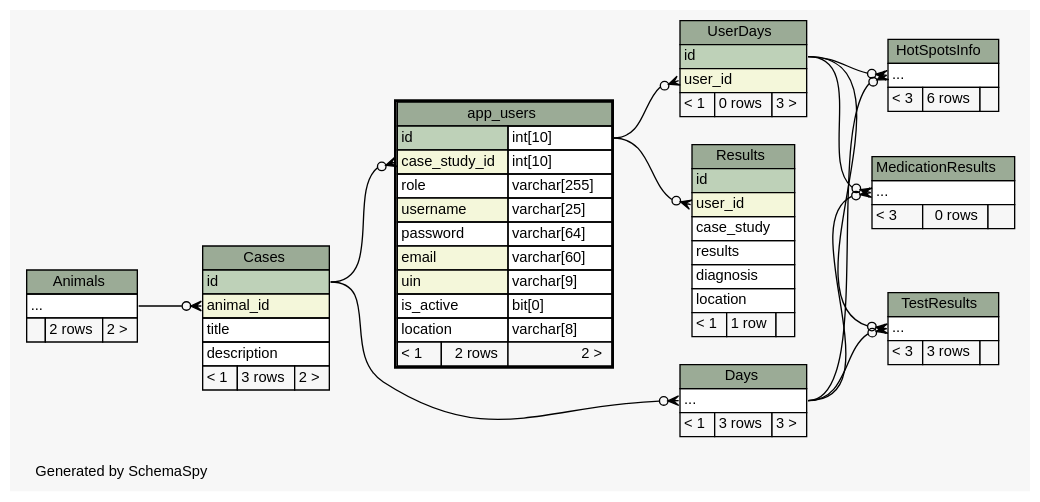
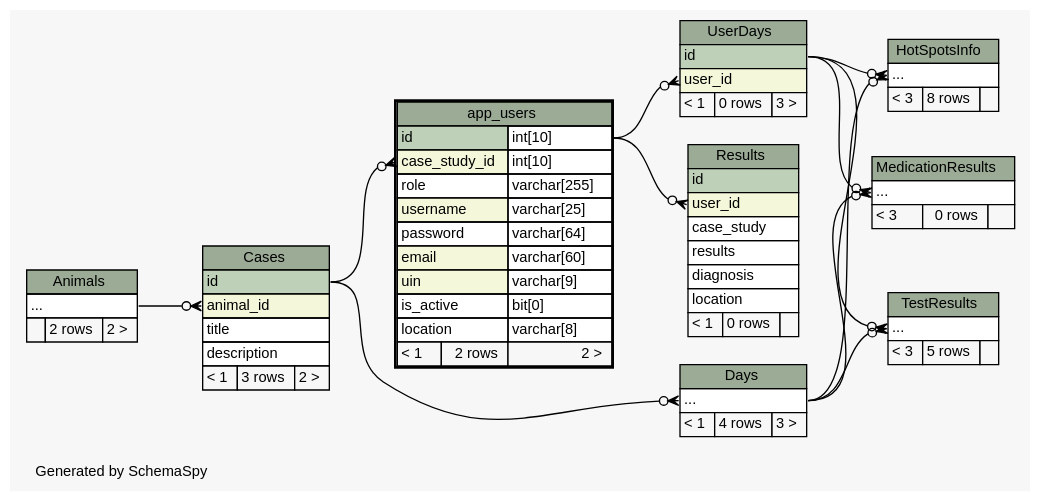
One commit to carrel2/CaseStudies changed the diagram in web/files/schema/diagrams/app_users.2degrees.dot. Above: the diagram before and after it, drawn with Graphviz. The commit also changed 256 other files, not shown here.

```diff
--- a/web/files/schema/diagrams/app_users.2degrees.dot
+++ b/web/files/schema/diagrams/app_users.2degrees.dot
@@ -1,140 +1,140 @@
-// dot 2.38.0 on Linux 4.4.0-77-generic
+// dot 2.38.0 on Linux 4.4.0-78-generic
 // SchemaSpy rev 590
 digraph "twoDegreesRelationshipsDiagram" {
   graph [
     rankdir="RL"
     bgcolor="#f7f7f7"
     label="\nGenerated by SchemaSpy"
     labeljust="l"
     nodesep="0.18"
     ranksep="0.46"
     fontname="Helvetica"
     fontsize="11"
   ];
   node [
     fontname="Helvetica"
     fontsize="11"
     shape="plaintext"
   ];
   edge [
     arrowsize="0.8"
   ];
   "app_users":"case_study_id":w -> "Cases":"id":e [arrowhead=none dir=back arrowtail=crowodot];
   "Cases":"animal_id":w -> "Animals":"elipses":e [arrowhead=none dir=back arrowtail=crowodot];
   "Days":"elipses":w -> "Cases":"id":e [arrowhead=none dir=back arrowtail=crowodot];
   "HotSpotsInfo":"elipses":w -> "Days":"elipses":e [arrowhead=none dir=back arrowtail=crowodot];
   "HotSpotsInfo":"elipses":w -> "UserDays":"id":e [arrowhead=none dir=back arrowtail=crowodot];
   "MedicationResults":"elipses":w -> "Days":"elipses":e [arrowhead=none dir=back arrowtail=crowodot];
   "MedicationResults":"elipses":w -> "UserDays":"id":e [arrowhead=none dir=back arrowtail=crowodot];
   "Results":"user_id":w -> "app_users":"id.type":e [arrowhead=none dir=back arrowtail=crowodot];
   "TestResults":"elipses":w -> "Days":"elipses":e [arrowhead=none dir=back arrowtail=crowodot];
   "TestResults":"elipses":w -> "UserDays":"id":e [arrowhead=none dir=back arrowtail=crowodot];
   "UserDays":"user_id":w -> "app_users":"id.type":e [arrowhead=none dir=back arrowtail=crowodot];
   "Animals" [
     label=<
     <TABLE BORDER="0" CELLBORDER="1" CELLSPACING="0" BGCOLOR="#ffffff">
       <TR><TD COLSPAN="3" BGCOLOR="#9bab96" ALIGN="CENTER">Animals</TD></TR>
       <TR><TD PORT="elipses" COLSPAN="3" ALIGN="LEFT">...</TD></TR>
       <TR><TD ALIGN="LEFT" BGCOLOR="#f7f7f7">  </TD><TD ALIGN="RIGHT" BGCOLOR="#f7f7f7">2 rows</TD><TD ALIGN="RIGHT" BGCOLOR="#f7f7f7">2 &gt;</TD></TR>
     </TABLE>>
     URL="Animals.html"
     tooltip="Animals"
   ];
   "app_users" [
     label=<
     <TABLE BORDER="2" CELLBORDER="1" CELLSPACING="0" BGCOLOR="#ffffff">
       <TR><TD COLSPAN="3" BGCOLOR="#9bab96" ALIGN="CENTER">app_users</TD></TR>
       <TR><TD PORT="id" COLSPAN="2" BGCOLOR="#bed1b8" ALIGN="LEFT">id</TD><TD PORT="id.type" ALIGN="LEFT">int[10]</TD></TR>
       <TR><TD PORT="case_study_id" COLSPAN="2" BGCOLOR="#f4f7da" ALIGN="LEFT">case_study_id</TD><TD PORT="case_study_id.type" ALIGN="LEFT">int[10]</TD></TR>
       <TR><TD PORT="role" COLSPAN="2" ALIGN="LEFT">role</TD><TD PORT="role.type" ALIGN="LEFT">varchar[255]</TD></TR>
       <TR><TD PORT="username" COLSPAN="2" BGCOLOR="#f4f7da" ALIGN="LEFT">username</TD><TD PORT="username.type" ALIGN="LEFT">varchar[25]</TD></TR>
       <TR><TD PORT="password" COLSPAN="2" ALIGN="LEFT">password</TD><TD PORT="password.type" ALIGN="LEFT">varchar[64]</TD></TR>
       <TR><TD PORT="email" COLSPAN="2" BGCOLOR="#f4f7da" ALIGN="LEFT">email</TD><TD PORT="email.type" ALIGN="LEFT">varchar[60]</TD></TR>
       <TR><TD PORT="uin" COLSPAN="2" BGCOLOR="#f4f7da" ALIGN="LEFT">uin</TD><TD PORT="uin.type" ALIGN="LEFT">varchar[9]</TD></TR>
       <TR><TD PORT="is_active" COLSPAN="2" ALIGN="LEFT">is_active</TD><TD PORT="is_active.type" ALIGN="LEFT">bit[0]</TD></TR>
       <TR><TD PORT="location" COLSPAN="2" ALIGN="LEFT">location</TD><TD PORT="location.type" ALIGN="LEFT">varchar[8]</TD></TR>
       <TR><TD ALIGN="LEFT" BGCOLOR="#f7f7f7">&lt; 1</TD><TD ALIGN="RIGHT" BGCOLOR="#f7f7f7">2 rows</TD><TD ALIGN="RIGHT" BGCOLOR="#f7f7f7">2 &gt;</TD></TR>
     </TABLE>>
     URL="app_users.html"
     tooltip="app_users"
   ];
   "Cases" [
     label=<
     <TABLE BORDER="0" CELLBORDER="1" CELLSPACING="0" BGCOLOR="#ffffff">
       <TR><TD COLSPAN="3" BGCOLOR="#9bab96" ALIGN="CENTER">Cases</TD></TR>
       <TR><TD PORT="id" COLSPAN="3" BGCOLOR="#bed1b8" ALIGN="LEFT">id</TD></TR>
       <TR><TD PORT="animal_id" COLSPAN="3" BGCOLOR="#f4f7da" ALIGN="LEFT">animal_id</TD></TR>
       <TR><TD PORT="title" COLSPAN="3" ALIGN="LEFT">title</TD></TR>
       <TR><TD PORT="description" COLSPAN="3" ALIGN="LEFT">description</TD></TR>
       <TR><TD ALIGN="LEFT" BGCOLOR="#f7f7f7">&lt; 1</TD><TD ALIGN="RIGHT" BGCOLOR="#f7f7f7">3 rows</TD><TD ALIGN="RIGHT" BGCOLOR="#f7f7f7">2 &gt;</TD></TR>
     </TABLE>>
     URL="Cases.html"
     tooltip="Cases"
   ];
   "Days" [
     label=<
     <TABLE BORDER="0" CELLBORDER="1" CELLSPACING="0" BGCOLOR="#ffffff">
       <TR><TD COLSPAN="3" BGCOLOR="#9bab96" ALIGN="CENTER">Days</TD></TR>
       <TR><TD PORT="elipses" COLSPAN="3" ALIGN="LEFT">...</TD></TR>
-      <TR><TD ALIGN="LEFT" BGCOLOR="#f7f7f7">&lt; 1</TD><TD ALIGN="RIGHT" BGCOLOR="#f7f7f7">3 rows</TD><TD ALIGN="RIGHT" BGCOLOR="#f7f7f7">3 &gt;</TD></TR>
+      <TR><TD ALIGN="LEFT" BGCOLOR="#f7f7f7">&lt; 1</TD><TD ALIGN="RIGHT" BGCOLOR="#f7f7f7">4 rows</TD><TD ALIGN="RIGHT" BGCOLOR="#f7f7f7">3 &gt;</TD></TR>
     </TABLE>>
     URL="Days.html"
     tooltip="Days"
   ];
   "HotSpotsInfo" [
     label=<
     <TABLE BORDER="0" CELLBORDER="1" CELLSPACING="0" BGCOLOR="#ffffff">
       <TR><TD COLSPAN="3" BGCOLOR="#9bab96" ALIGN="CENTER">HotSpotsInfo</TD></TR>
       <TR><TD PORT="elipses" COLSPAN="3" ALIGN="LEFT">...</TD></TR>
-      <TR><TD ALIGN="LEFT" BGCOLOR="#f7f7f7">&lt; 3</TD><TD ALIGN="RIGHT" BGCOLOR="#f7f7f7">6 rows</TD><TD ALIGN="RIGHT" BGCOLOR="#f7f7f7">  </TD></TR>
+      <TR><TD ALIGN="LEFT" BGCOLOR="#f7f7f7">&lt; 3</TD><TD ALIGN="RIGHT" BGCOLOR="#f7f7f7">8 rows</TD><TD ALIGN="RIGHT" BGCOLOR="#f7f7f7">  </TD></TR>
     </TABLE>>
     URL="HotSpotsInfo.html"
     tooltip="HotSpotsInfo"
   ];
   "MedicationResults" [
     label=<
     <TABLE BORDER="0" CELLBORDER="1" CELLSPACING="0" BGCOLOR="#ffffff">
       <TR><TD COLSPAN="3" BGCOLOR="#9bab96" ALIGN="CENTER">MedicationResults</TD></TR>
       <TR><TD PORT="elipses" COLSPAN="3" ALIGN="LEFT">...</TD></TR>
       <TR><TD ALIGN="LEFT" BGCOLOR="#f7f7f7">&lt; 3</TD><TD ALIGN="RIGHT" BGCOLOR="#f7f7f7">0 rows</TD><TD ALIGN="RIGHT" BGCOLOR="#f7f7f7">  </TD></TR>
     </TABLE>>
     URL="MedicationResults.html"
     tooltip="MedicationResults"
   ];
   "Results" [
     label=<
     <TABLE BORDER="0" CELLBORDER="1" CELLSPACING="0" BGCOLOR="#ffffff">
       <TR><TD COLSPAN="3" BGCOLOR="#9bab96" ALIGN="CENTER">Results</TD></TR>
       <TR><TD PORT="id" COLSPAN="3" BGCOLOR="#bed1b8" ALIGN="LEFT">id</TD></TR>
       <TR><TD PORT="user_id" COLSPAN="3" BGCOLOR="#f4f7da" ALIGN="LEFT">user_id</TD></TR>
       <TR><TD PORT="case_study" COLSPAN="3" ALIGN="LEFT">case_study</TD></TR>
       <TR><TD PORT="results" COLSPAN="3" ALIGN="LEFT">results</TD></TR>
       <TR><TD PORT="diagnosis" COLSPAN="3" ALIGN="LEFT">diagnosis</TD></TR>
       <TR><TD PORT="location" COLSPAN="3" ALIGN="LEFT">location</TD></TR>
-      <TR><TD ALIGN="LEFT" BGCOLOR="#f7f7f7">&lt; 1</TD><TD ALIGN="RIGHT" BGCOLOR="#f7f7f7">1 row</TD><TD ALIGN="RIGHT" BGCOLOR="#f7f7f7">  </TD></TR>
+      <TR><TD ALIGN="LEFT" BGCOLOR="#f7f7f7">&lt; 1</TD><TD ALIGN="RIGHT" BGCOLOR="#f7f7f7">0 rows</TD><TD ALIGN="RIGHT" BGCOLOR="#f7f7f7">  </TD></TR>
     </TABLE>>
     URL="Results.html"
     tooltip="Results"
   ];
   "TestResults" [
     label=<
     <TABLE BORDER="0" CELLBORDER="1" CELLSPACING="0" BGCOLOR="#ffffff">
       <TR><TD COLSPAN="3" BGCOLOR="#9bab96" ALIGN="CENTER">TestResults</TD></TR>
       <TR><TD PORT="elipses" COLSPAN="3" ALIGN="LEFT">...</TD></TR>
-      <TR><TD ALIGN="LEFT" BGCOLOR="#f7f7f7">&lt; 3</TD><TD ALIGN="RIGHT" BGCOLOR="#f7f7f7">3 rows</TD><TD ALIGN="RIGHT" BGCOLOR="#f7f7f7">  </TD></TR>
+      <TR><TD ALIGN="LEFT" BGCOLOR="#f7f7f7">&lt; 3</TD><TD ALIGN="RIGHT" BGCOLOR="#f7f7f7">5 rows</TD><TD ALIGN="RIGHT" BGCOLOR="#f7f7f7">  </TD></TR>
     </TABLE>>
     URL="TestResults.html"
     tooltip="TestResults"
   ];
   "UserDays" [
     label=<
     <TABLE BORDER="0" CELLBORDER="1" CELLSPACING="0" BGCOLOR="#ffffff">
       <TR><TD COLSPAN="3" BGCOLOR="#9bab96" ALIGN="CENTER">UserDays</TD></TR>
       <TR><TD PORT="id" COLSPAN="3" BGCOLOR="#bed1b8" ALIGN="LEFT">id</TD></TR>
       <TR><TD PORT="user_id" COLSPAN="3" BGCOLOR="#f4f7da" ALIGN="LEFT">user_id</TD></TR>
       <TR><TD ALIGN="LEFT" BGCOLOR="#f7f7f7">&lt; 1</TD><TD ALIGN="RIGHT" BGCOLOR="#f7f7f7">0 rows</TD><TD ALIGN="RIGHT" BGCOLOR="#f7f7f7">3 &gt;</TD></TR>
     </TABLE>>
     URL="UserDays.html"
     tooltip="UserDays"
   ];
 }
```
